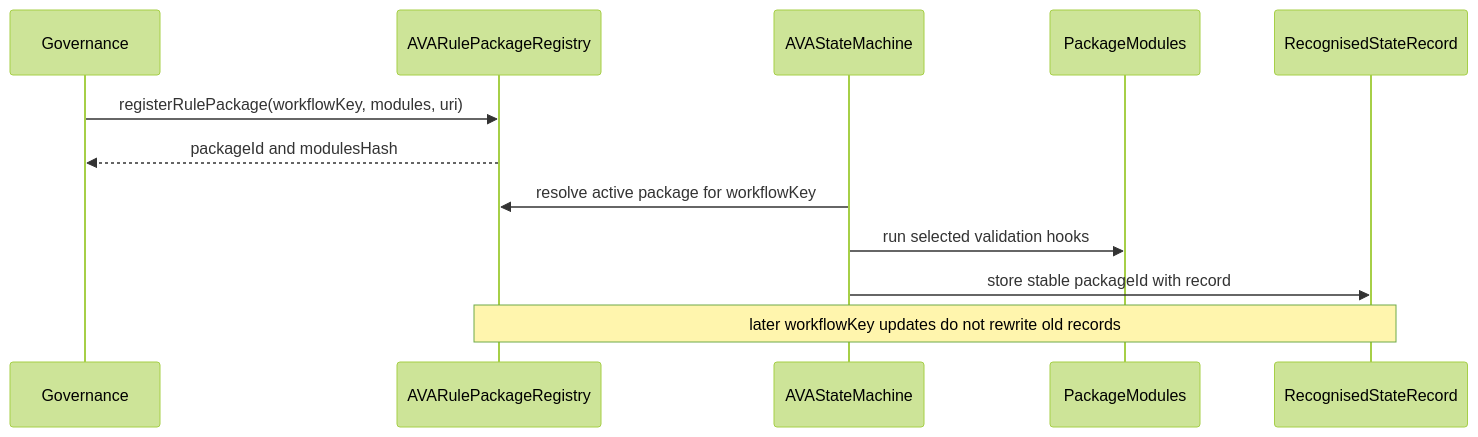
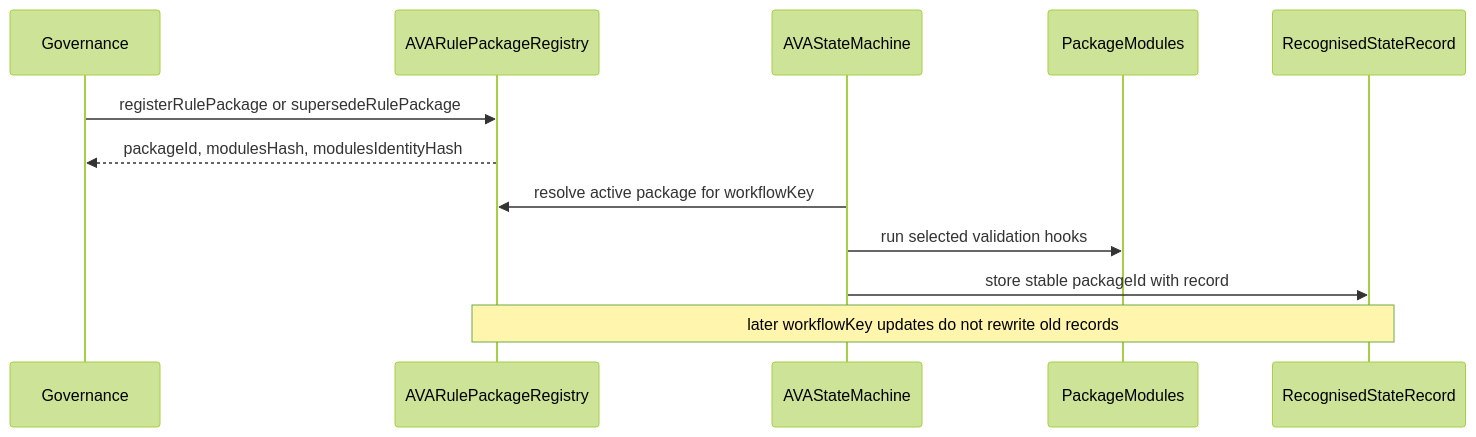
One commit to CyberChun0329/AVA-PeerReview changed the tenth of 12 diagrams in docs/state-machines.md. Above: the diagram before and after it, drawn with Mermaid (forest theme). The commit also changed other lines of this file and 194 other files, not shown here.

````diff
--- a/docs/state-machines.md
+++ b/docs/state-machines.md
@@ -254,15 +433,15 @@
 ```mermaid
 sequenceDiagram
     participant GOV as Governance
     participant RPR as AVARulePackageRegistry
     participant SM as AVAStateMachine
     participant MOD as PackageModules
     participant RS as RecognisedStateRecord
 
-    GOV->>RPR: registerRulePackage(workflowKey, modules, uri)
-    RPR-->>GOV: packageId and modulesHash
+    GOV->>RPR: registerRulePackage or supersedeRulePackage
+    RPR-->>GOV: packageId, modulesHash, modulesIdentityHash
     SM->>RPR: resolve active package for workflowKey
     SM->>MOD: run selected validation hooks
     SM->>RS: store stable packageId with record
     Note over RPR,RS: later workflowKey updates do not rewrite old records
 ```
````
